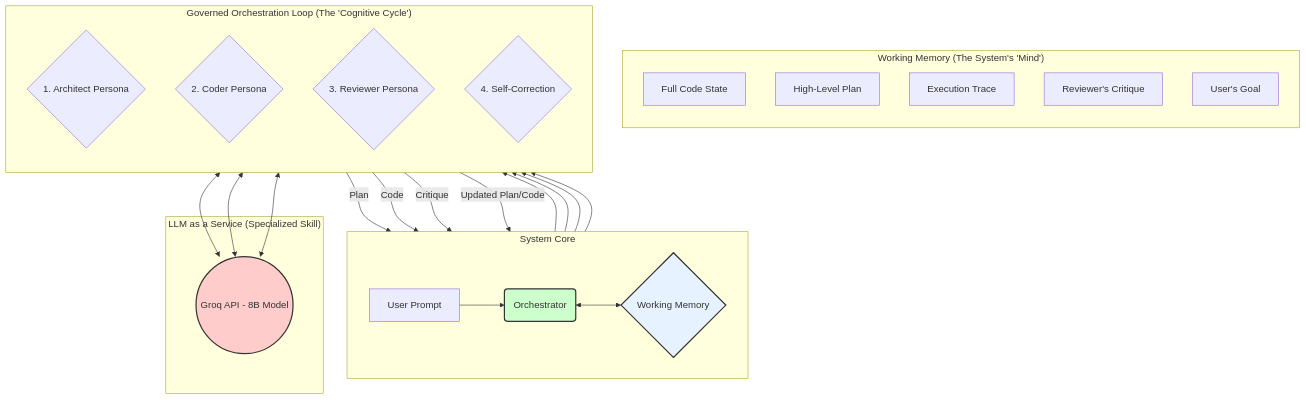
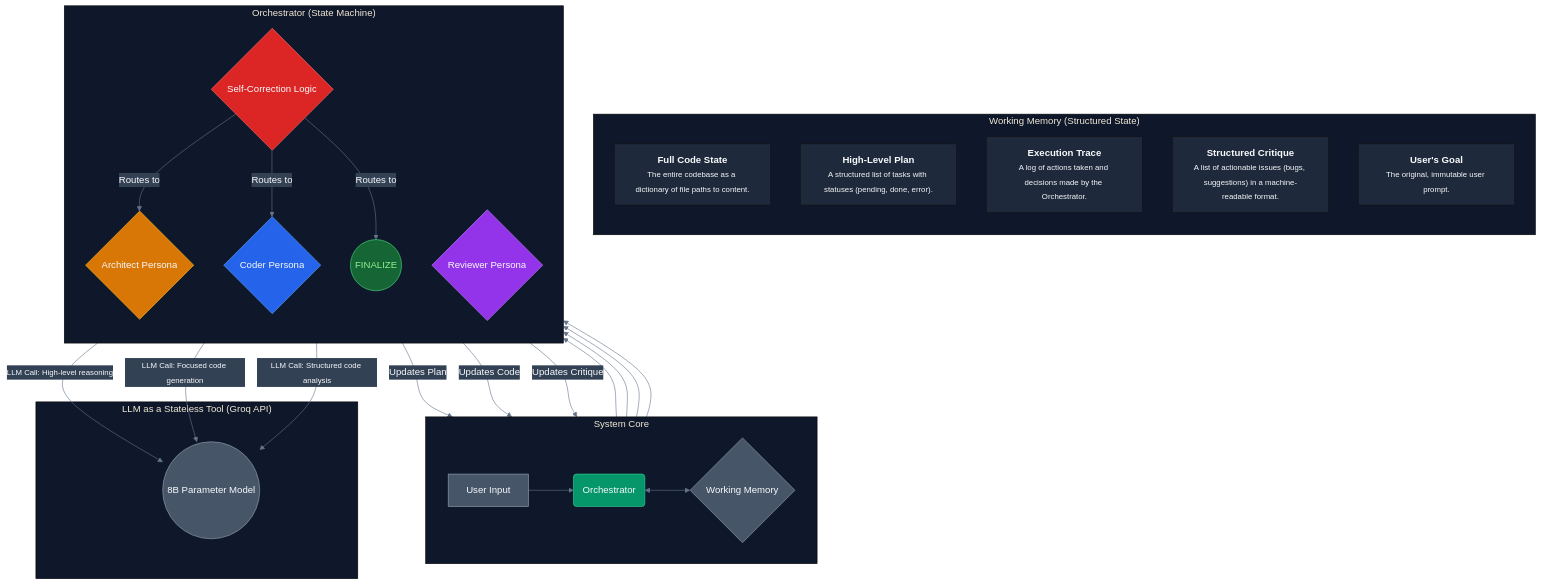
Before and after one commit to Arptime2/AICreatesAI: the diagram in README.md, drawn with Mermaid. The commit also changed other lines of this file and 1 other file, not shown here.

Commit message:
architecture improvements

````diff
--- a/README.md
+++ b/README.md
@@ -71,41 +71,50 @@
 ```mermaid
+%%{init: {'theme': 'base', 'themeVariables': { 'primaryColor': '#1E293B', 'primaryTextColor': '#F8FAFC', 'secondaryColor': '#334155', 'lineColor': '#64748B', 'tertiaryColor': '#0F172A'}}}%%
 graph TD
     subgraph "System Core"
         direction LR
-        A[User Prompt] --> B(Orchestrator);
+        A[<font color=#F8FAFC>User Input</font>] --> B(Orchestrator);
         B <--> C{Working Memory};
     end
 
-    subgraph "Working Memory (The System's 'Mind')"
+    subgraph "Working Memory (Structured State)"
         direction TB
-        C1[Full Code State];
-        C2[High-Level Plan];
-        C3[Execution Trace];
-        C4[Reviewer's Critique];
-        C5[User's Goal];
+        C1["<b>Full Code State</b><br><font size=2>The entire codebase as a dictionary of file paths to content.</font>"];
+        C2["<b>High-Level Plan</b><br><font size=2>A structured list of tasks with statuses (pending, done, error).</font>"];
+        C3["<b>Execution Trace</b><br><font size=2>A log of actions taken and decisions made by the Orchestrator.</font>"];
+        C4["<b>Structured Critique</b><br><font size=2>A list of actionable issues (bugs, suggestions) in a machine-readable format.</font>"];
+        C5["<b>User's Goal</b><br><font size=2>The original, immutable user prompt.</font>"];
     end
 
-    subgraph "Governed Orchestration Loop (The 'Cognitive Cycle')"
+    subgraph "Orchestrator (State Machine)"
         direction TB
-        B --> D{1. Architect Persona};
-        D -- Plan --> B;
-        B --> E{2. Coder Persona};
-        E -- Code --> B;
-        B --> F{3. Reviewer Persona};
-        F -- Critique --> B;
-        B --> G{4. Self-Correction};
-        G -- Updated Plan/Code --> B;
+        B --> D{Architect Persona};
+        D -- Updates Plan --> B;
+        B --> E{Coder Persona};
+        E -- Updates Code --> B;
+        B --> F{Reviewer Persona};
+        F -- Updates Critique --> B;
+        B --> G{Self-Correction Logic};
+        G -- Routes to --> D;
+        G -- Routes to --> E;
+        G -- Routes to --> H((<font color=#90EE90>FINALIZE</font>));
     end
 
-    subgraph "LLM as a Service (Specialized Skill)"
-        H((Groq API - 8B Model))
+    subgraph "LLM as a Stateless Tool (Groq API)"
+        I((8B Parameter Model))
     end
 
-    D <--> H;
-    E <--> H;
-    F <--> H;
+    D -- "<font size=2>LLM Call: High-level reasoning</font>" --> I;
+    E -- "<font size=2>LLM Call: Focused code generation</font>" --> I;
+    F -- "<font size=2>LLM Call: Structured code analysis</font>" --> I;
 
-    style C fill:#e6f2ff,stroke:#333,stroke-width:2px
-    style B fill:#ccffcc,stroke:#333,stroke-width:2px
-    style H fill:#ffcccc,stroke:#333,stroke-width:2px
+    style A fill:#475569,stroke:#94A3B8
+    style B fill:#059669,stroke:#34D399
+    style C fill:#475569,stroke:#94A3B8
+    style D fill:#D97706,stroke:#FBBF24
+    style E fill:#2563EB,stroke:#60A5FA
+    style F fill:#9333EA,stroke:#C084FC
+    style G fill:#DC2626,stroke:#F87171
+    style H fill:#166534,stroke:#4ADE80
+    style I fill:#475569,stroke:#94A3B8
 ```
````
